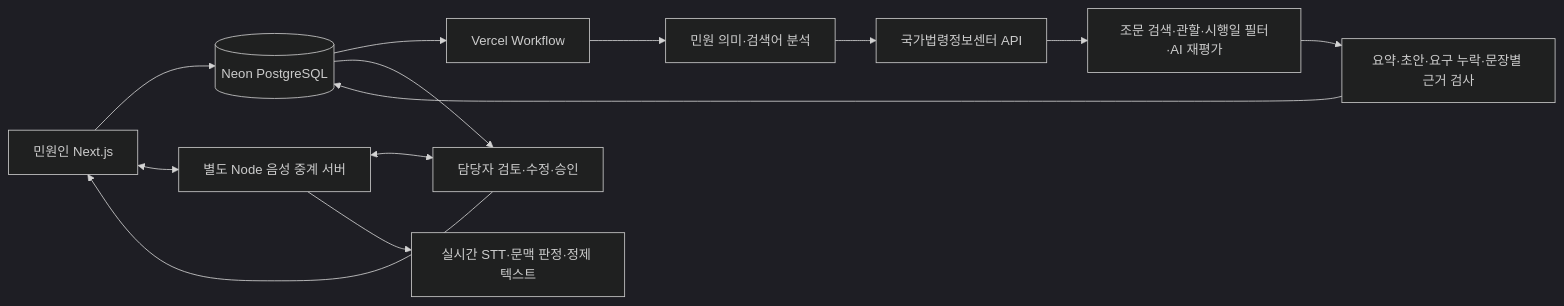
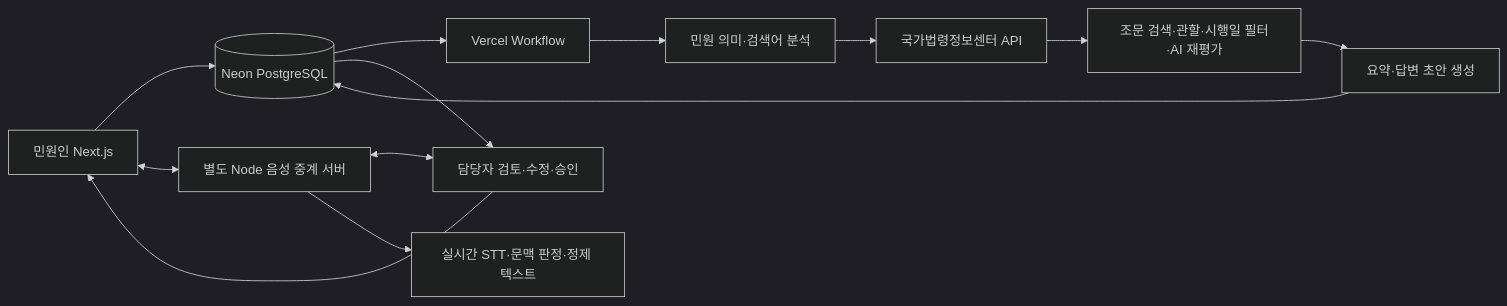
The diagram in README.md (woowangthon/WOOWANGTHON_TEAM_33_FE), drawn with Mermaid (dark theme) before and after one commit. The commit also changed other lines of this file and 25 other files, not shown here.

````diff
--- a/README.md
+++ b/README.md
@@ -31,15 +27,15 @@
 ```mermaid
 flowchart LR
   C[민원인 Next.js] --> D[(Neon PostgreSQL)]
   D --> W[Vercel Workflow]
   W --> P[민원 의미·검색어 분석]
   P --> L[국가법령정보센터 API]
   L --> R[조문 검색·관할·시행일 필터·AI 재평가]
-  R --> A[요약·초안·요구 누락·문장별 근거 검사]
+  R --> A[요약·답변 초안 생성]
   A --> D
   D --> S[담당자 검토·수정·승인]
   S --> C
   C <--> B[별도 Node 음성 중계 서버]
   B <--> S
   B --> T[실시간 STT·문맥 판정·정제 텍스트]
 ```
````
